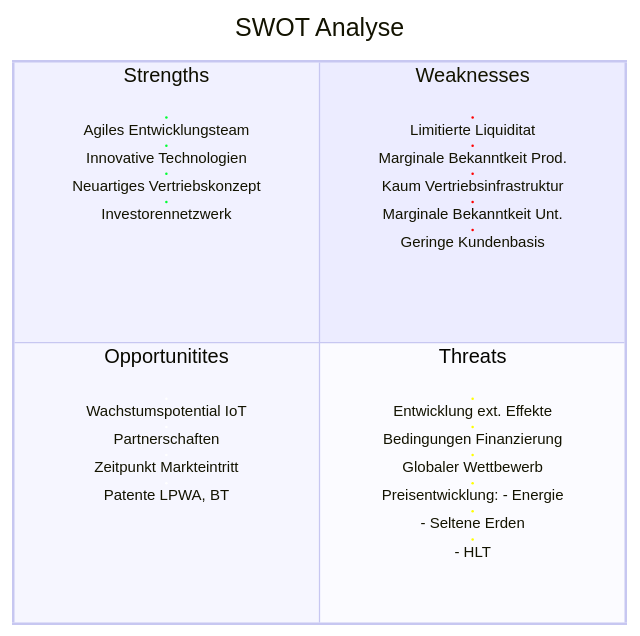
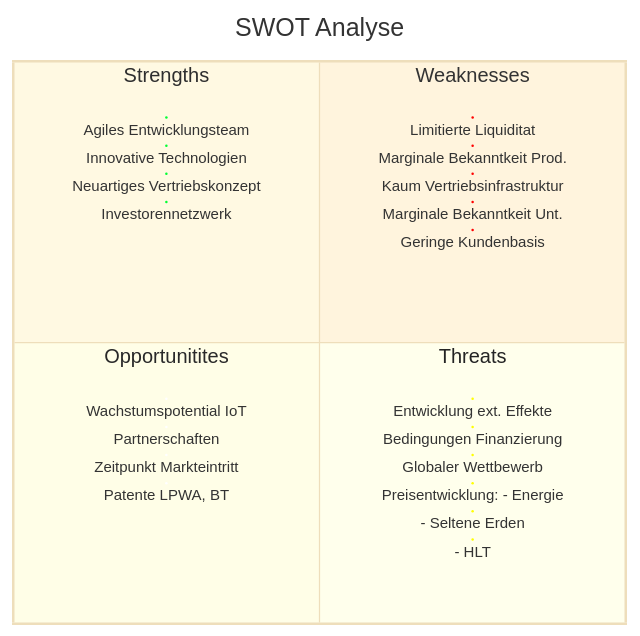
One commit to nevsglueckauf/dcda_projects changed the diagram in Projekt_Smart_WF/swot2.md. Above: the diagram before and after it, drawn with Mermaid. The commit also changed 2 other files, not shown here.

Commit message:
Changing stuff

````diff
--- a/Projekt_Smart_WF/swot2.md
+++ b/Projekt_Smart_WF/swot2.md
@@ -1,46 +1,40 @@
 ``` mermaid
-%%{init: "quadrantChart": {"chartWidth": 1650, "chartHeight": 700}, 
-         "themeVariables": {"quadrant1Fill": "#ff0000",
-                            "quadrant2TextFill": "#00ff00",
-                            "quadrant3TextFill": "#ff0000",
-                            "quadrant4TextFill": "#ff00ff",
-                            "fillType0": "#ff00f0",
-                            "fillType1": "#0000f0",
-         } 
-         
-         
-         }%%
+---
+config:
+  look: handDrawn
+  theme: base
+---
 quadrantChart
     title SWOT Analyse
     quadrant-1 Weaknesses
     quadrant-2 Strengths
     quadrant-3 Opportunitites
     quadrant-4 Threats
     
     "Agiles Entwicklungsteam": [0.25, 0.9] color: #00ff33, radius: 1
     Innovative Technologien: [0.25, 0.85] color:  #00ff33, radius: 1
     Neuartiges Vertriebskonzept: [0.25, 0.8] color:  #00ff33, radius: 1
     Investorennetzwerk: [0.25, 0.75] color:  #00ff33, radius: 1
 
     Limitierte Liquiditat: [0.75, 0.9] color:  #ff0000, radius: 1
     Marginale Bekanntkeit Prod. : [0.75, 0.85] color:  #ff0000, radius: 1
     Kaum Vertriebsinfrastruktur: [0.75, 0.8] color:  #ff0000, radius: 1
     Marginale Bekanntkeit Unt. : [0.75, 0.75] color:  #ff0000, radius: 1
     Geringe Kundenbasis : [0.75, 0.7] color:  #ff0000, radius: 1
 
     Wachstumspotential IoT: [0.25, 0.4] color: #ffffff,  radius: 1
     Partnerschaften : [0.25, 0.35] color: #ffffff,  radius: 1
     Zeitpunkt Markteintritt: [0.25, 0.3] color: #ffffff,  radius: 1
     Patente  LPWA, BT: [0.25, 0.25] color: #ffffff,  radius: 1
     
     
     Entwicklung ext. Effekte: [0.75, 0.4] color: #ffff00, radius: 1
     Bedingungen Finanzierung : [0.75, 0.35] color: #ffff00,  radius: 1
     Globaler Wettbewerb: [0.75, 0.3] color: #ffff00,  radius: 1
     "Preisentwicklung: - Energie": [0.75, 0.25] color: #ffff00,  radius: 1
     "- Seltene Erden": [0.75, 0.2] color: #ffff00, radius: 1
     "- HLT": [0.75, 0.15] color: #ffff00, radius: 1
 
   
 
 ```
````
